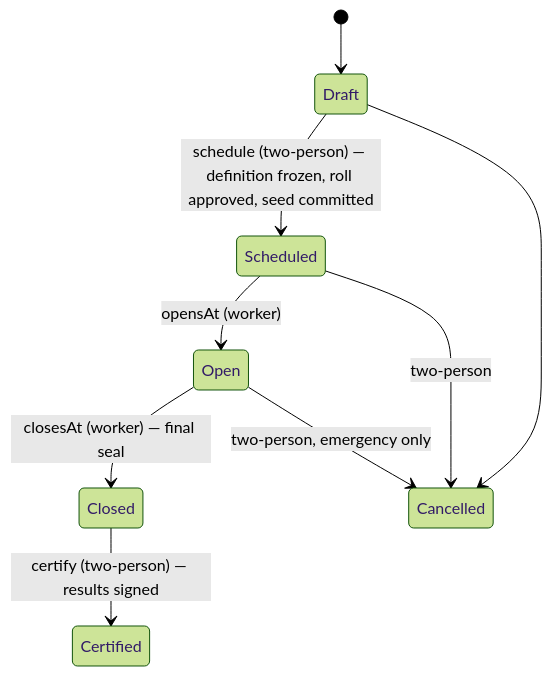
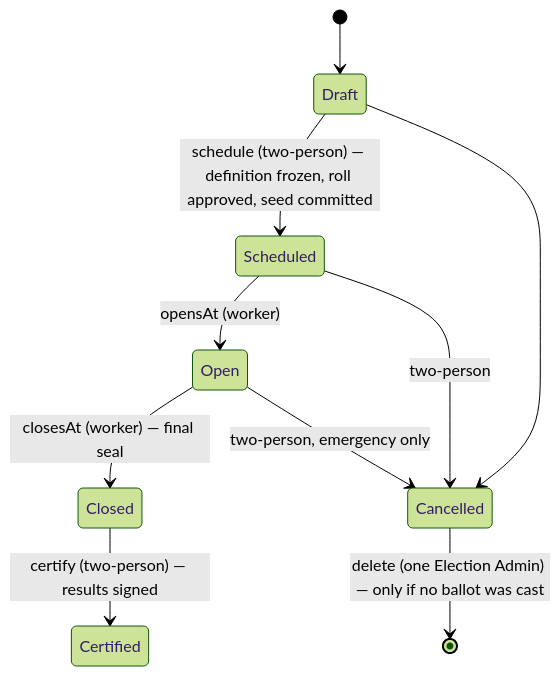
The third of 4 diagrams in docs/DESIGN.md (ggrow3/USTPVote2), drawn with Mermaid (forest theme) before and after one commit. The commit also changed other lines of this file and 19 other files, not shown here.

First line of the commit message:
Delete a cancelled election nobody voted in

````diff
--- a/docs/DESIGN.md
+++ b/docs/DESIGN.md
@@ -402,11 +402,12 @@
 ```mermaid
 stateDiagram-v2
   [*] --> Draft
   Draft --> Scheduled: schedule (two-person) — definition frozen, roll approved, seed committed
   Scheduled --> Open: opensAt (worker)
   Open --> Closed: closesAt (worker) — final seal
   Closed --> Certified: certify (two-person) — results signed
   Draft --> Cancelled
   Scheduled --> Cancelled: two-person
   Open --> Cancelled: two-person, emergency only
+  Cancelled --> [*]: delete (one Election Admin) — only if no ballot was cast
 ```
````
